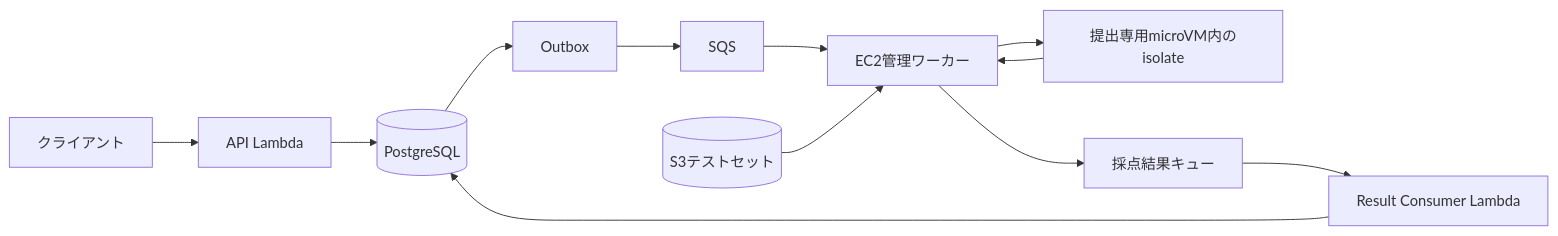
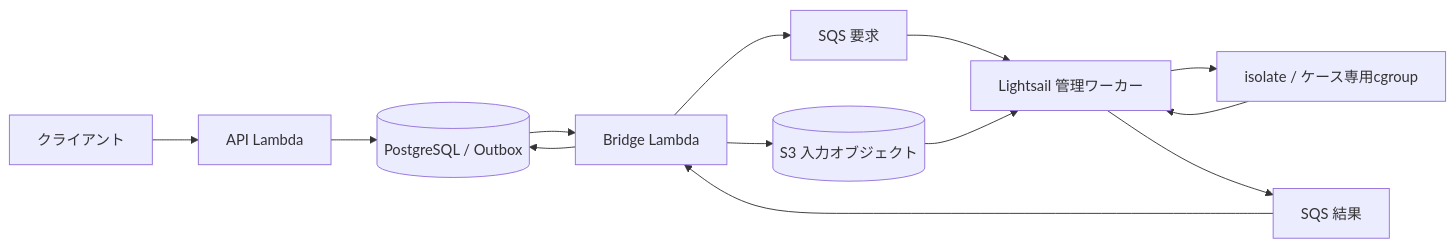
Before and after one commit to loop0919/judge: the diagram in docs/judge/execution-model.md, drawn with Mermaid. The commit also changed other lines of this file and 54 other files, not shown here.

Commit message:
feat: add Lightsail isolate judge and AWS integration

````diff
--- a/docs/judge/execution-model.md
+++ b/docs/judge/execution-model.md
@@ -16,14 +12,15 @@
 ```mermaid
 flowchart LR
     Client[クライアント] --> API[API Lambda]
-    API --> DB[(PostgreSQL)]
-    DB --> Outbox[Outbox]
-    Outbox --> Queue[SQS]
-    Queue --> Worker[EC2管理ワーカー]
-    Worker --> Guest[提出専用microVM内のisolate]
-    Guest --> Worker
-    S3[(S3テストセット)] --> Worker
-    Worker --> Result[採点結果キュー]
-    Result --> Consumer[Result Consumer Lambda]
-    Consumer --> DB
+    API --> DB[(PostgreSQL / Outbox)]
+    DB --> Bridge[Bridge Lambda]
+    Bridge --> S3[(S3 入力オブジェクト)]
+    Bridge --> Queue[SQS 要求]
+    Queue --> Worker[Lightsail 管理ワーカー]
+    S3 --> Worker
+    Worker --> Sandbox[isolate / ケース専用cgroup]
+    Sandbox --> Worker
+    Worker --> Result[SQS 結果]
+    Result --> Bridge
+    Bridge --> DB
 ```
````
